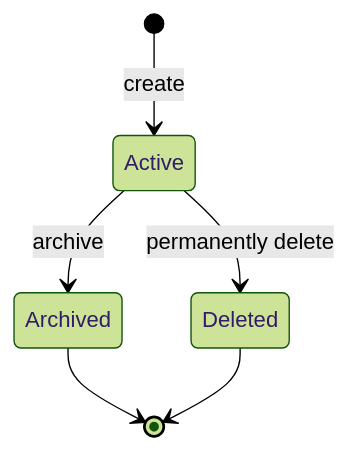
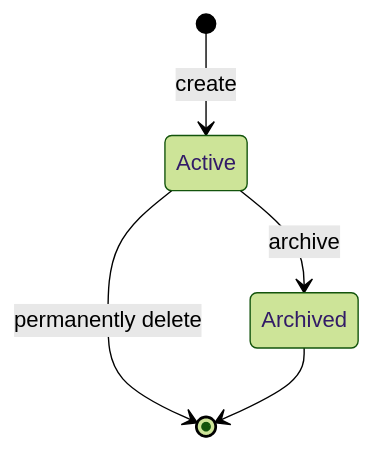
One commit to huang-xiao-jian/themis changed the diagram in specs/copernicus/glossary/workspace.md. Above: the diagram before and after it, drawn with Mermaid (forest theme). The commit also changed other lines of this file and 19 other files, not shown here.

````diff
--- a/specs/copernicus/glossary/workspace.md
+++ b/specs/copernicus/glossary/workspace.md
@@ -48,8 +74,7 @@
 ```mermaid
 stateDiagram-v2
     [*] --> Active: create
     Active --> Archived: archive
-    Active --> Deleted: permanently delete
+    Active --> [*]: permanently delete
     Archived --> [*]
-    Deleted --> [*]
 ```
````
